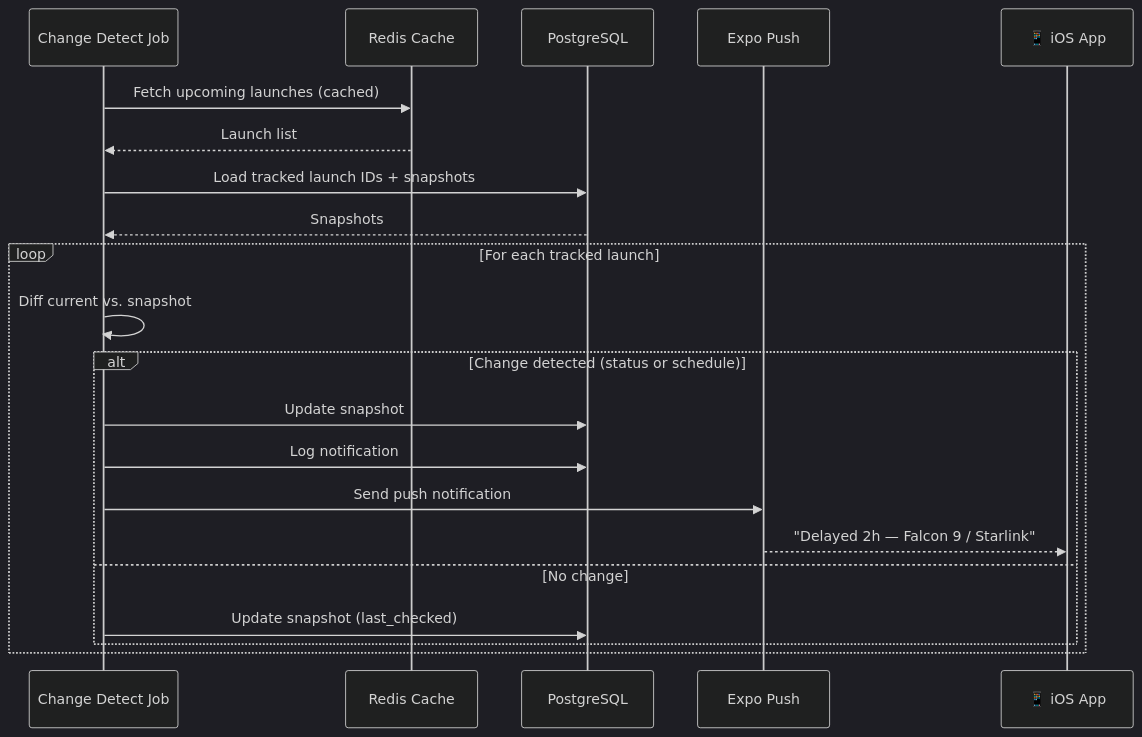
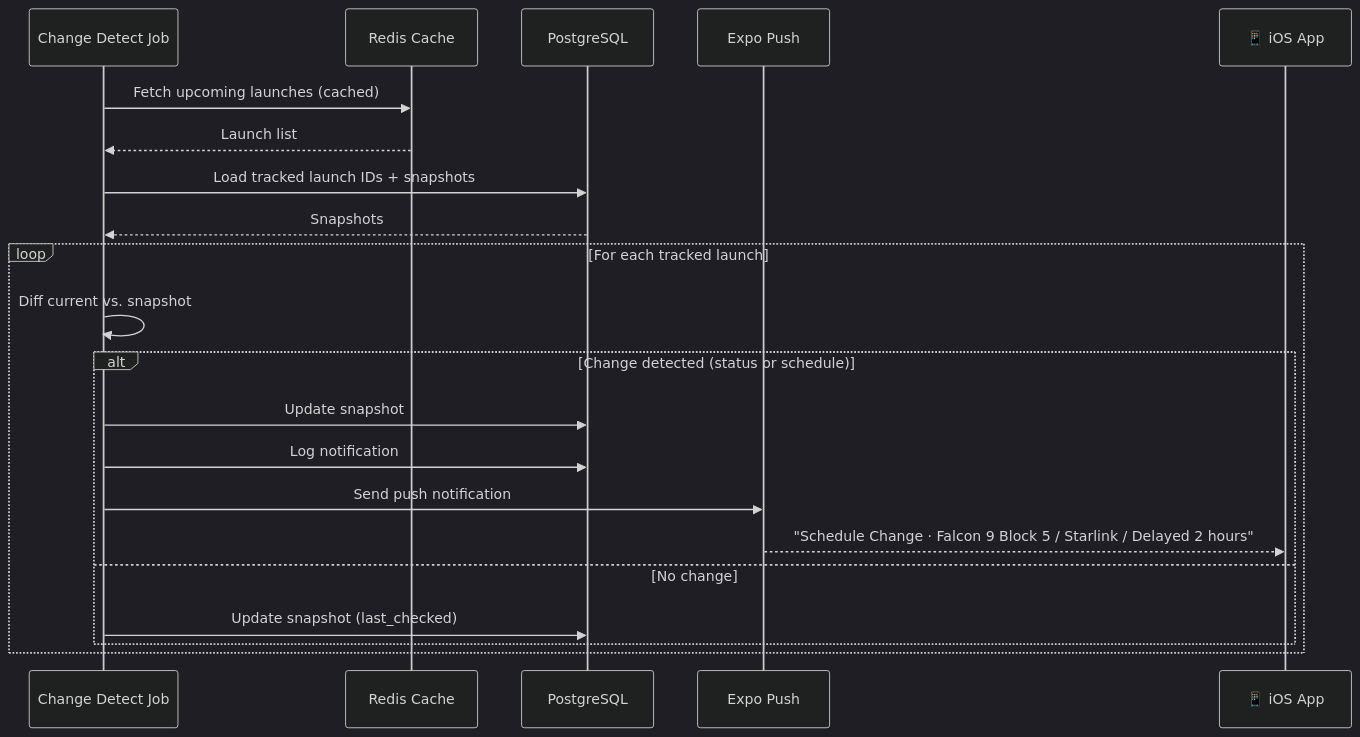
One commit to jamus/orbitq-api-docs changed the third of 6 diagrams in README.md. Above: the diagram before and after it, drawn with Mermaid (dark theme). The commit also changed other lines of this file and 1 other file, not shown here.

````diff
--- a/README.md
+++ b/README.md
@@ -97,25 +97,25 @@
 ```mermaid
 sequenceDiagram
     participant Job as Change Detect Job
     participant Cache as Redis Cache
     participant DB as PostgreSQL
     participant Expo as Expo Push
     participant App as 📱 iOS App
 
     Job->>Cache: Fetch upcoming launches (cached)
     Cache-->>Job: Launch list
     Job->>DB: Load tracked launch IDs + snapshots
     DB-->>Job: Snapshots
 
     loop For each tracked launch
         Job->>Job: Diff current vs. snapshot
         alt Change detected (status or schedule)
             Job->>DB: Update snapshot
             Job->>DB: Log notification
             Job->>Expo: Send push notification
-            Expo-->>App: "Delayed 2h — Falcon 9 / Starlink"
+            Expo-->>App: "Schedule Change · Falcon 9 Block 5 / Starlink / Delayed 2 hours"
         else No change
             Job->>DB: Update snapshot (last_checked)
         end
     end
 ```
````
